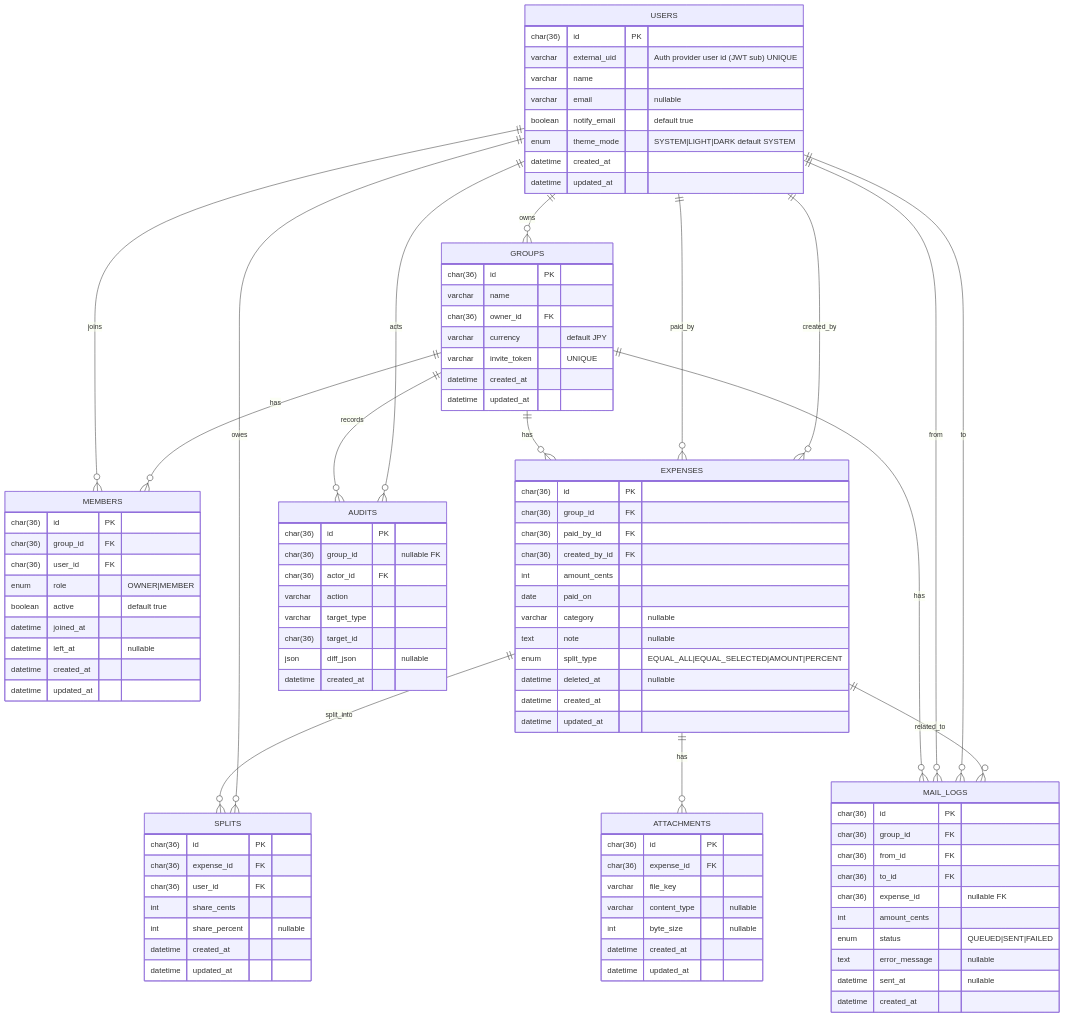
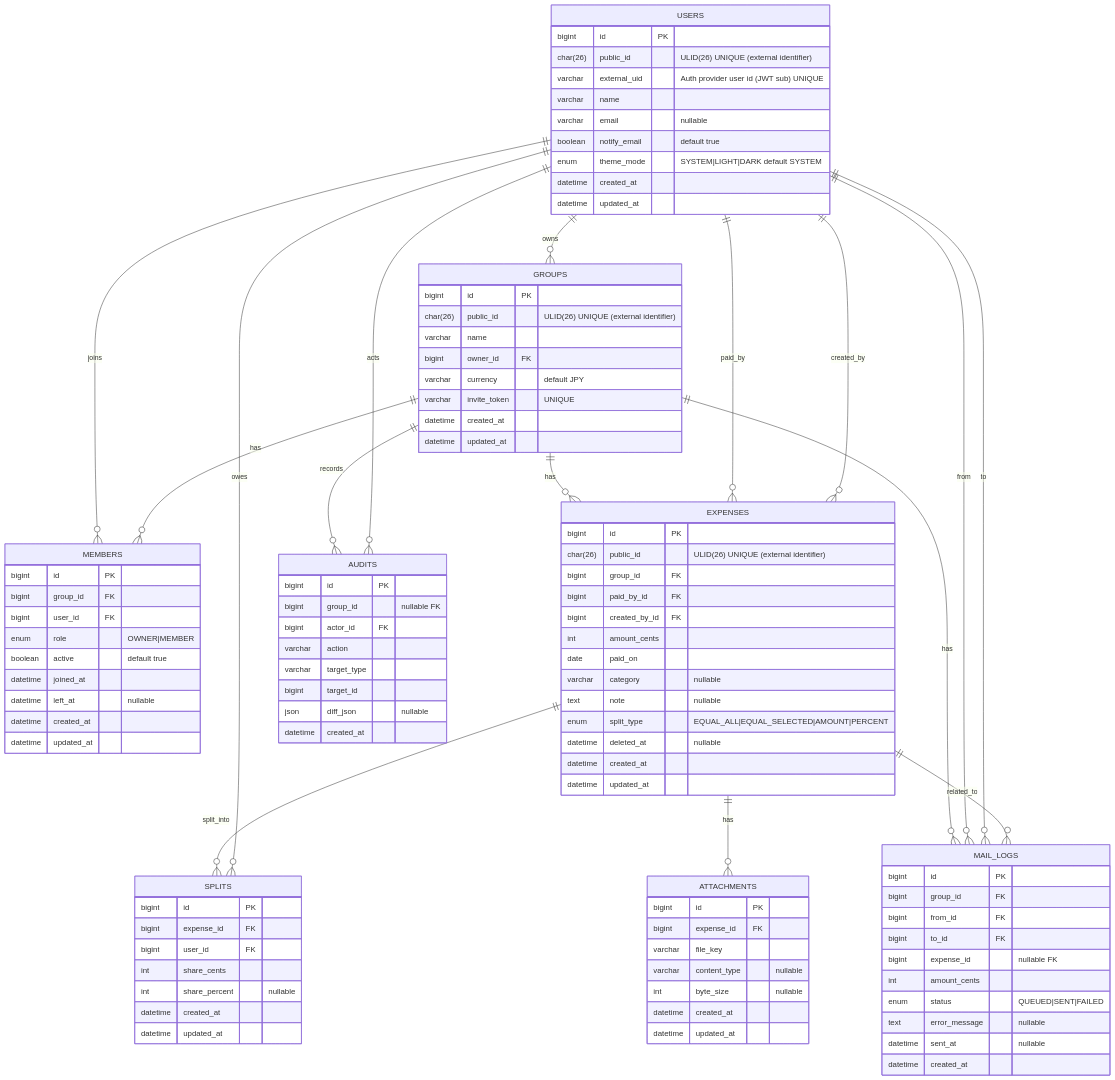
One commit to Kazuya-Sakashita/splitto changed the diagram in doc/er-diagram.md. Above: the diagram before and after it, drawn with Mermaid. The commit also changed other lines of this file, not shown here.

Commit message:
docs(er-diagram): 内部IDはBIGINT、外部公開IDはULIDとする設計に変更

````diff
--- a/doc/er-diagram.md
+++ b/doc/er-diagram.md
@@ -22,7 +22,8 @@
 ```mermaid
 erDiagram
   USERS {
-    char(36) id PK
+    bigint id PK
+    char(26) public_id "ULID(26) UNIQUE (external identifier)"
     varchar external_uid "Auth provider user id (JWT sub) UNIQUE"
     varchar name
     varchar email "nullable"
@@ -33,9 +34,10 @@
   }
 
   GROUPS {
-    char(36) id PK
+    bigint id PK
+    char(26) public_id "ULID(26) UNIQUE (external identifier)"
     varchar name
-    char(36) owner_id FK
+    bigint owner_id FK
     varchar currency "default JPY"
     varchar invite_token "UNIQUE"
     datetime created_at
@@ -43,9 +45,9 @@
   }
 
   MEMBERS {
-    char(36) id PK
-    char(36) group_id FK
-    char(36) user_id FK
+    bigint id PK
+    bigint group_id FK
+    bigint user_id FK
     enum role "OWNER|MEMBER"
     boolean active "default true"
     datetime joined_at
@@ -55,10 +57,11 @@
   }
 
   EXPENSES {
-    char(36) id PK
-    char(36) group_id FK
-    char(36) paid_by_id FK
-    char(36) created_by_id FK
+    bigint id PK
+    char(26) public_id "ULID(26) UNIQUE (external identifier)"
+    bigint group_id FK
+    bigint paid_by_id FK
+    bigint created_by_id FK
     int amount_cents
     date paid_on
     varchar category "nullable"
@@ -70,9 +73,9 @@
   }
 
   SPLITS {
-    char(36) id PK
-    char(36) expense_id FK
-    char(36) user_id FK
+    bigint id PK
+    bigint expense_id FK
+    bigint user_id FK
     int share_cents
     int share_percent "nullable"
     datetime created_at
@@ -80,8 +83,8 @@
   }
 
   ATTACHMENTS {
-    char(36) id PK
-    char(36) expense_id FK
+    bigint id PK
+    bigint expense_id FK
     varchar file_key
     varchar content_type "nullable"
     int byte_size "nullable"
@@ -90,22 +93,22 @@
   }
 
   AUDITS {
-    char(36) id PK
-    char(36) group_id "nullable FK"
-    char(36) actor_id FK
+    bigint id PK
+    bigint group_id "nullable FK"
+    bigint actor_id FK
     varchar action
     varchar target_type
-    char(36) target_id
+    bigint target_id
     json diff_json "nullable"
     datetime created_at
   }
 
   MAIL_LOGS {
-    char(36) id PK
-    char(36) group_id FK
-    char(36) from_id FK
-    char(36) to_id FK
-    char(36) expense_id "nullable FK"
+    bigint id PK
+    bigint group_id FK
+    bigint from_id FK
+    bigint to_id FK
+    bigint expense_id "nullable FK"
     int amount_cents
     enum status "QUEUED|SENT|FAILED"
     text error_message "nullable"
````
